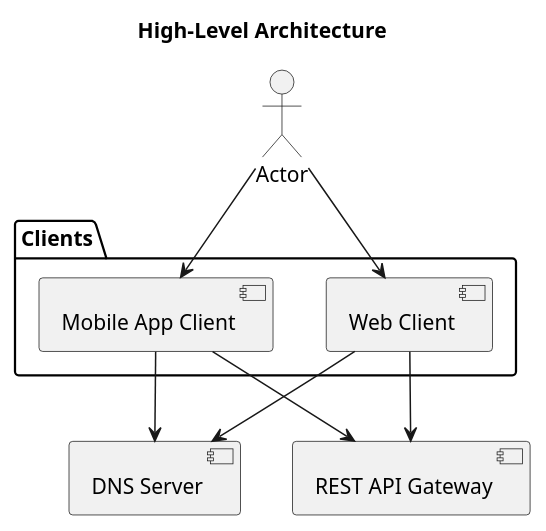
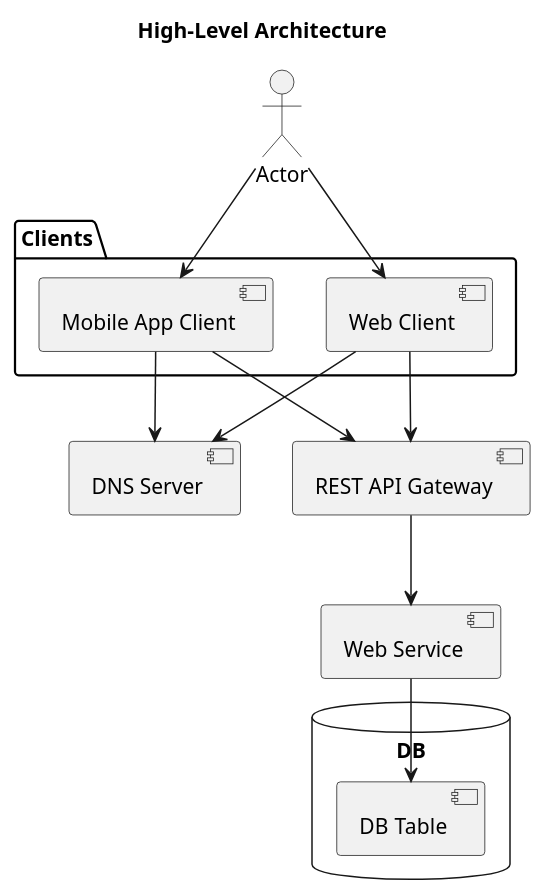
One commit to shanebrewer/system_design_questions changed the diagram in template/docs/src/high_level_system_design.plantuml. Above: the diagram before and after it, drawn with PlantUML. The commit also changed 1 other file, not shown here.

Commit message:
Added Database and web service

```diff
--- a/template/docs/src/high_level_system_design.plantuml
+++ b/template/docs/src/high_level_system_design.plantuml
@@ -1,19 +1,22 @@
 @startuml high_level_system_design
 title High-Level Architecture
 actor Actor
 top to bottom direction
 
 package "Clients" {
     Actor --> [Web Client]
     Actor --> [Mobile App Client]
 }
 
 [Web Client] --> [DNS Server]
 [Mobile App Client] --> [DNS Server]
 
 [Web Client] --> [REST API Gateway]
 [Mobile App Client] --> [REST API Gateway]
 
+[REST API Gateway] --> [Web Service]
 
-
+database "DB" {
+    [Web Service] --> [DB Table]
+}
 @enduml
```
